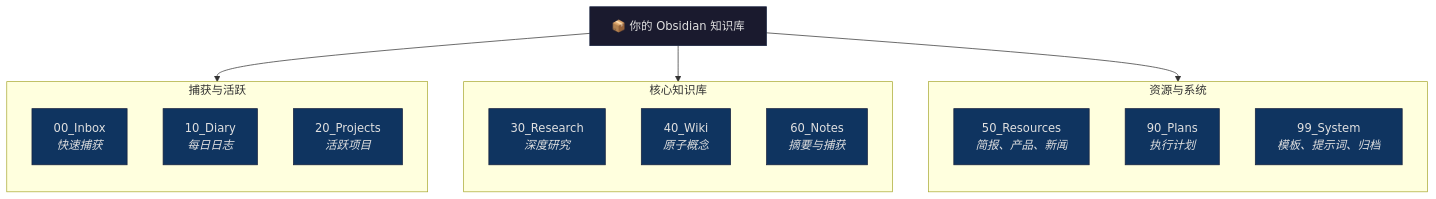
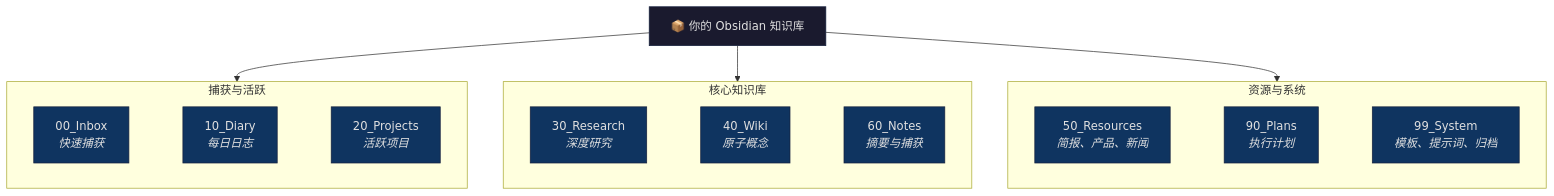
Before and after one commit to dull-bird/DeepOrbit: the second of 8 diagrams in README_CN.md, drawn with Mermaid. The commit also changed 1 other file, not shown here.

````diff
--- a/README_CN.md
+++ b/README_CN.md
@@ -80,40 +80,40 @@
 ```mermaid
 flowchart TD
     V["📦 你的 Obsidian 知识库"]
     
     V --> G1
     V --> G2
     V --> G3
 
-    subgraph G1 [捕获与活跃]
-        direction TD
+    subgraph G1 ["捕获与活跃"]
         node_A["00_Inbox<br/><i>快速捕获</i>"]
         node_B["10_Diary<br/><i>每日日志</i>"]
         node_C["20_Projects<br/><i>活跃项目</i>"]
+        node_A ~~~ node_B ~~~ node_C
     end
     
-    subgraph G2 [核心知识库]
-        direction TD
+    subgraph G2 ["核心知识库"]
         node_D["30_Research<br/><i>深度研究</i>"]
         node_E["40_Wiki<br/><i>原子概念</i>"]
         node_G["60_Notes<br/><i>摘要与捕获</i>"]
+        node_D ~~~ node_E ~~~ node_G
     end
     
-    subgraph G3 [资源与系统]
-        direction TD
+    subgraph G3 ["资源与系统"]
         node_F["50_Resources<br/><i>简报、产品、新闻</i>"]
         node_H["90_Plans<br/><i>执行计划</i>"]
         node_I["99_System<br/><i>模板、提示词、归档</i>"]
+        node_F ~~~ node_H ~~~ node_I
     end
 
     style V fill:#1a1a2e,stroke:#16213e,color:#e0e0e0
     style node_A fill:#0f3460,stroke:#16213e,color:#e0e0e0
     style node_B fill:#0f3460,stroke:#16213e,color:#e0e0e0
     style node_C fill:#0f3460,stroke:#16213e,color:#e0e0e0
     style node_D fill:#0f3460,stroke:#16213e,color:#e0e0e0
     style node_E fill:#0f3460,stroke:#16213e,color:#e0e0e0
     style node_F fill:#0f3460,stroke:#16213e,color:#e0e0e0
     style node_G fill:#0f3460,stroke:#16213e,color:#e0e0e0
     style node_H fill:#0f3460,stroke:#16213e,color:#e0e0e0
     style node_I fill:#0f3460,stroke:#16213e,color:#e0e0e0
 ```
````
